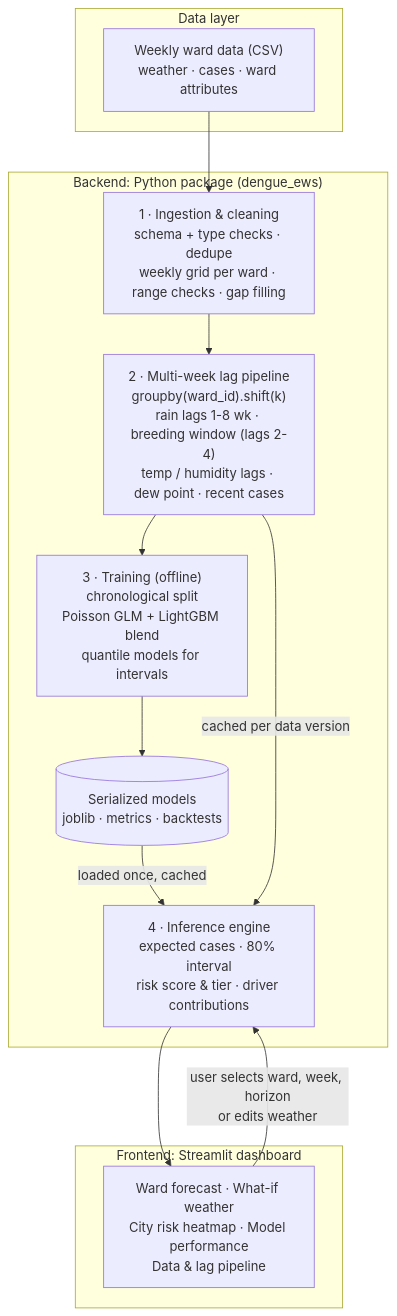
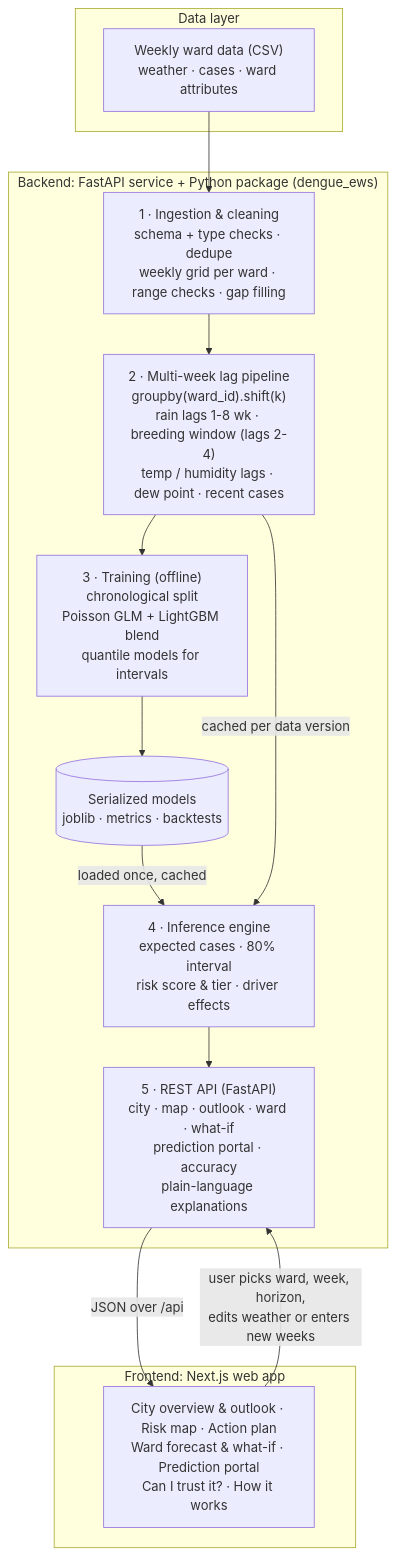
One commit to hrittikadutta85-gif/Hackthone_preli changed the diagram in README.md. Above: the diagram before and after it, drawn with Mermaid. The commit also changed other lines of this file and 1 other file, not shown here.

Commit message:
Add architecture notes and update README for the web app

````diff
--- a/README.md
+++ b/README.md
@@ -48,25 +48,27 @@
 ```mermaid
 flowchart TB
     subgraph DATA["Data layer"]
         CSV["Weekly ward data (CSV)<br/>weather · cases · ward attributes"]
     end
 
-    subgraph BACKEND["Backend: Python package (dengue_ews)"]
+    subgraph BACKEND["Backend: FastAPI service + Python package (dengue_ews)"]
         ING["1 · Ingestion & cleaning<br/>schema + type checks · dedupe<br/>weekly grid per ward · range checks · gap filling"]
         FEAT["2 · Multi-week lag pipeline<br/>groupby(ward_id).shift(k)<br/>rain lags 1-8 wk · breeding window (lags 2-4)<br/>temp / humidity lags · dew point · recent cases"]
         TRAIN["3 · Training (offline)<br/>chronological split<br/>Poisson GLM + LightGBM blend<br/>quantile models for intervals"]
         STORE[("Serialized models<br/>joblib · metrics · backtests")]
-        INF["4 · Inference engine<br/>expected cases · 80% interval<br/>risk score & tier · driver contributions"]
+        INF["4 · Inference engine<br/>expected cases · 80% interval<br/>risk score & tier · driver effects"]
+        API["5 · REST API (FastAPI)<br/>city · map · outlook · ward · what-if<br/>prediction portal · accuracy<br/>plain-language explanations"]
     end
 
-    subgraph FRONTEND["Frontend: Streamlit dashboard"]
-        UI["Ward forecast · What-if weather<br/>City risk heatmap · Model performance<br/>Data & lag pipeline"]
+    subgraph FRONTEND["Frontend: Next.js web app"]
+        UI["City overview & outlook · Risk map · Action plan<br/>Ward forecast & what-if · Prediction portal<br/>Can I trust it? · How it works"]
     end
 
     CSV --> ING --> FEAT
     FEAT --> TRAIN --> STORE
     STORE -->|loaded once, cached| INF
     FEAT -->|cached per data version| INF
-    INF --> UI
-    UI -->|user selects ward, week, horizon<br/>or edits weather| INF
+    INF --> API
+    API -->|JSON over /api| UI
+    UI -->|user picks ward, week, horizon,<br/>edits weather or enters new weeks| API
 ```
````
